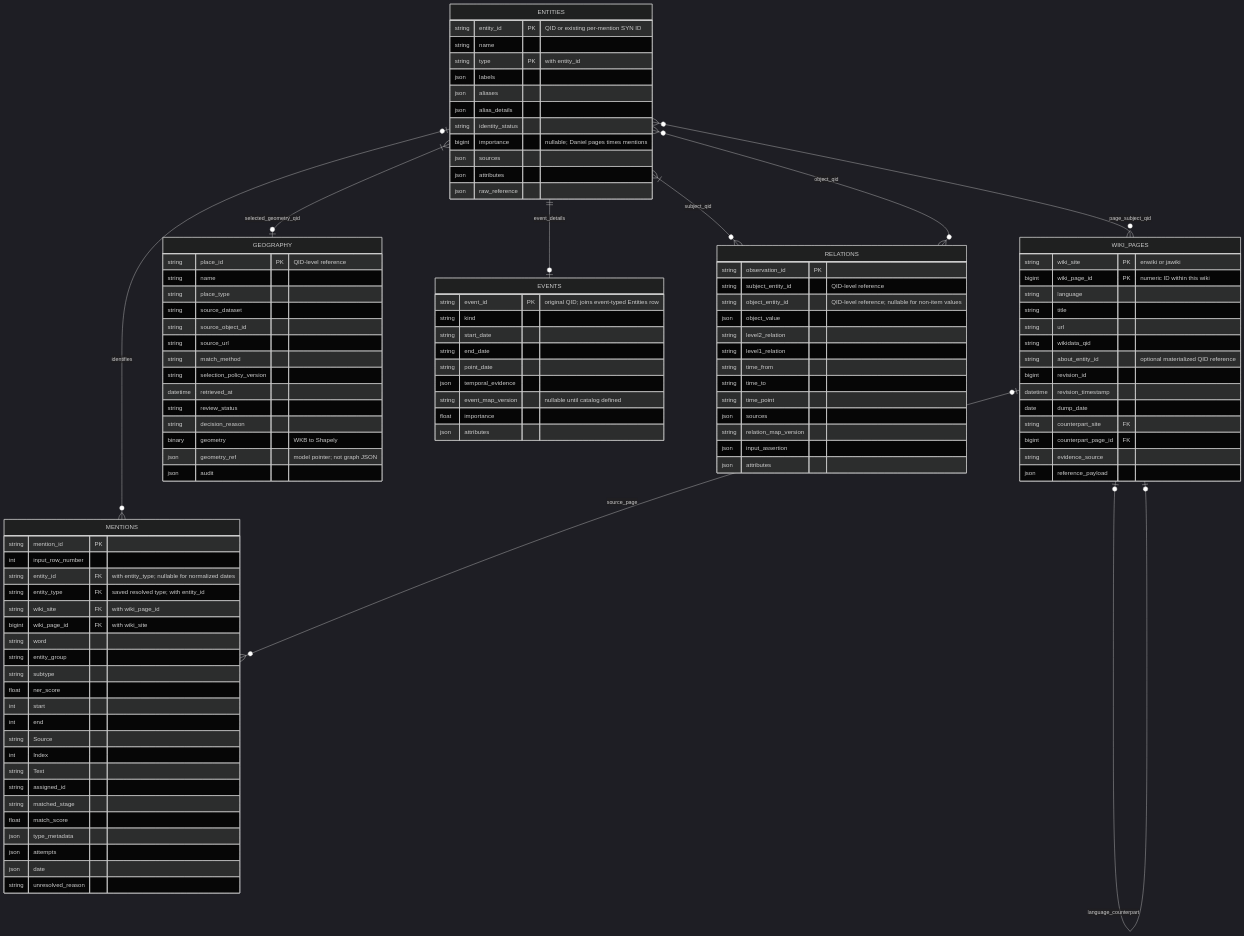
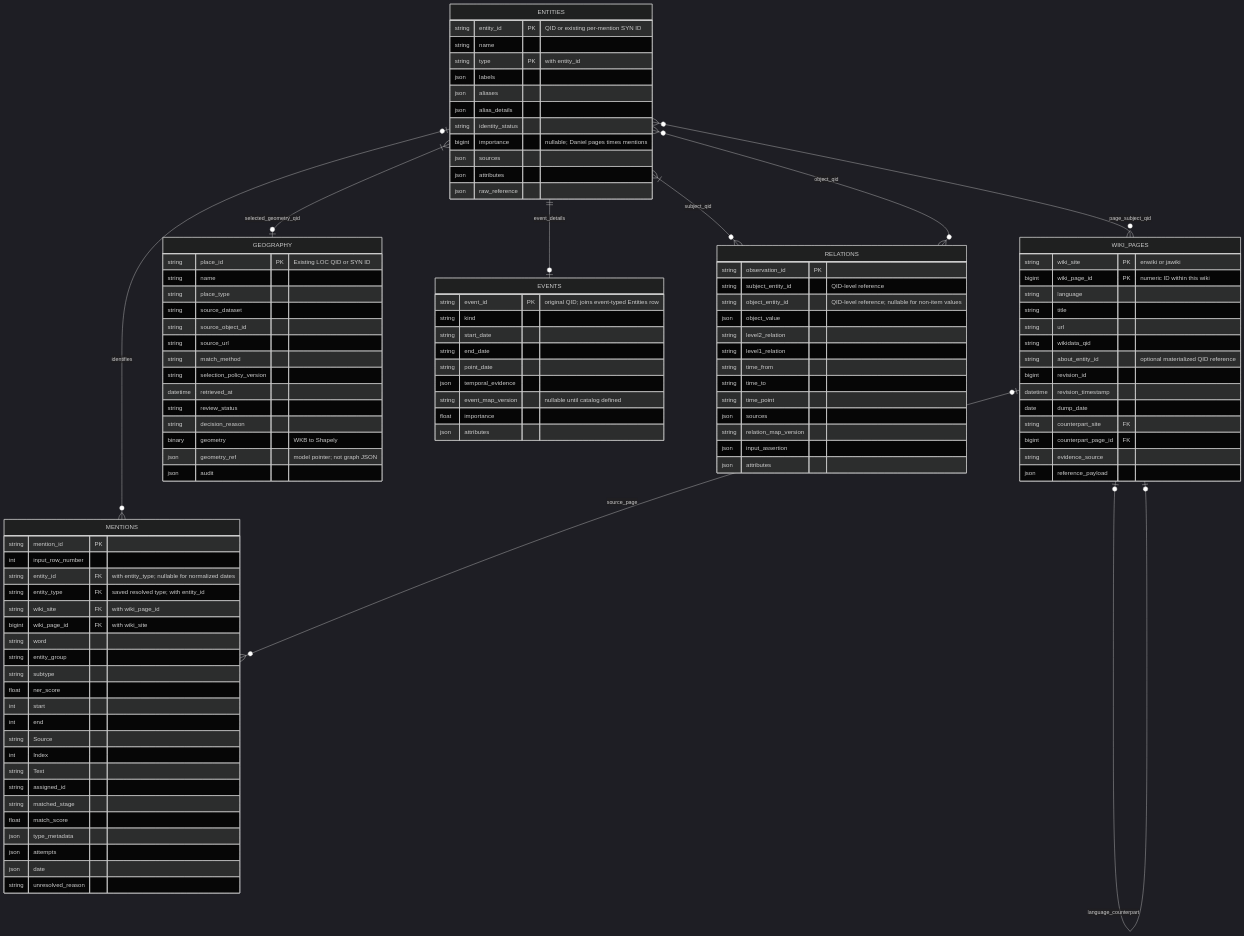
The diagram in docs/ENTITY_DATA_MODEL_ERD.md (YehudRaanan/Corpus2GeoRAG_Pacific), drawn with Mermaid (dark theme) before and after one commit. The commit also changed other lines of this file and 8 other files, not shown here.

```diff
--- a/docs/ENTITY_DATA_MODEL_ERD.md
+++ b/docs/ENTITY_DATA_MODEL_ERD.md
@@ -83,7 +85,7 @@
         json reference_payload
     }
     GEOGRAPHY {
-        string place_id PK "QID-level reference"
+        string place_id PK "Existing LOC QID or SYN ID"
         string name
         string place_type
         string source_dataset
```
